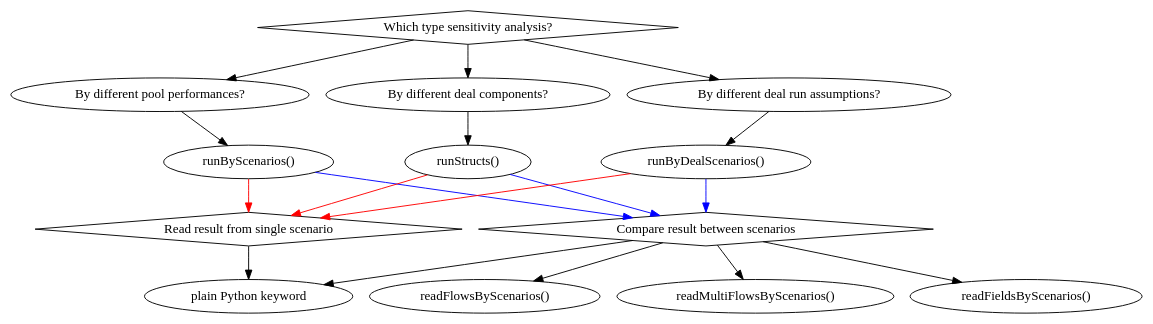
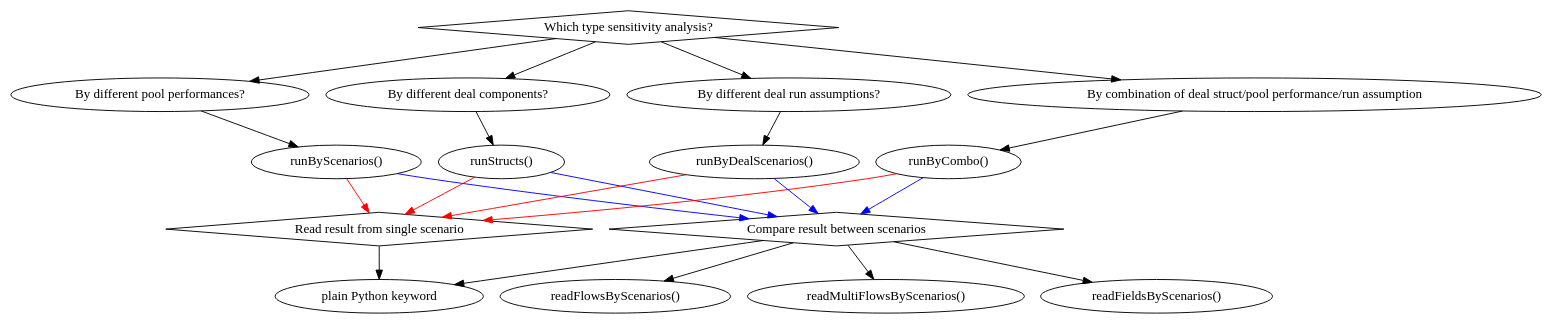
The ninth of 10 diagrams in docs/source/analytics.rst (yellowbean/AbsBox), drawn with Graphviz before and after one commit. The commit also changed other lines of this file and 4 other files, not shown here.

```diff
--- a/docs/source/analytics.rst
+++ b/docs/source/analytics.rst
@@ -1505,26 +1563,30 @@
 .. graphviz::
     :name: sphinx.ext.graphviz
     :caption: which function I should use?
     :alt: which function I should use?
     :align: center
 
     digraph {
         b [shape=diamond, label="Which type sensitivity analysis?"]
         b -> "By different pool performances?" -> "runByScenarios()"
         b -> "By different deal components?"  -> "runStructs()"
         b -> "By different deal run assumptions?" -> "runByDealScenarios()"
+        b -> "By combination of deal struct/pool performance/run assumption" -> "runByCombo()"
+
         "runByScenarios()" -> c [color="blue"]
         "runStructs()" -> c [color="blue"]
         "runByDealScenarios()" -> c [color="blue"]
         "runByScenarios()" -> d  [color="red"]
         "runStructs()" -> d [color="red"]
         "runByDealScenarios()" -> d [color="red"]
+        "runByCombo()" -> d [color="red"]
+        "runByCombo()" -> c [color="blue"]
 
         d [shape=diamond, label="Read result from single scenario"]
         c [shape=diamond, label="Compare result between scenarios"]
         c -> "plain Python keyword"
         d -> "plain Python keyword"
         c -> "readFlowsByScenarios()"
         c -> "readMultiFlowsByScenarios()"
         c -> "readFieldsByScenarios()"
     }
```
